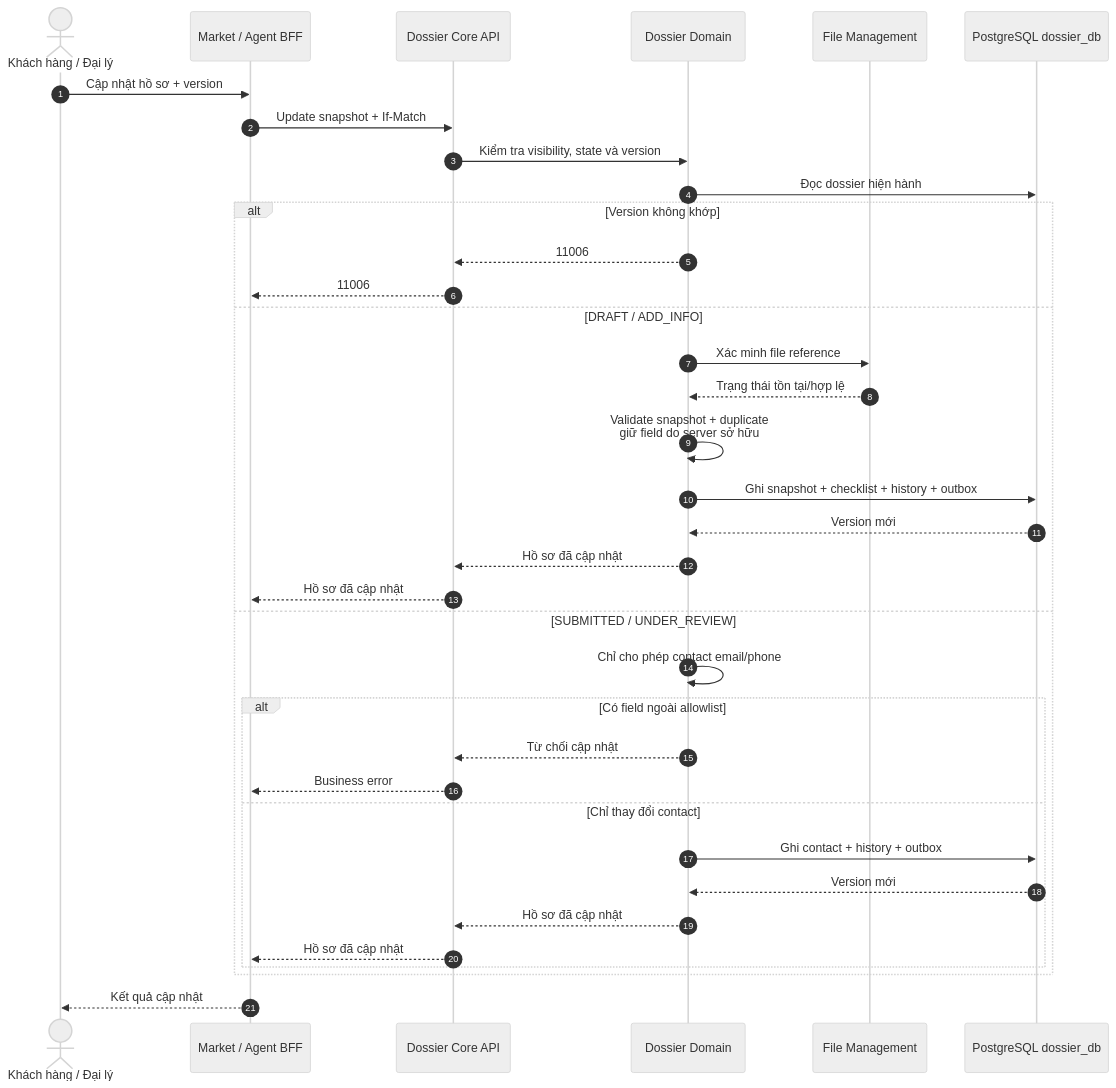
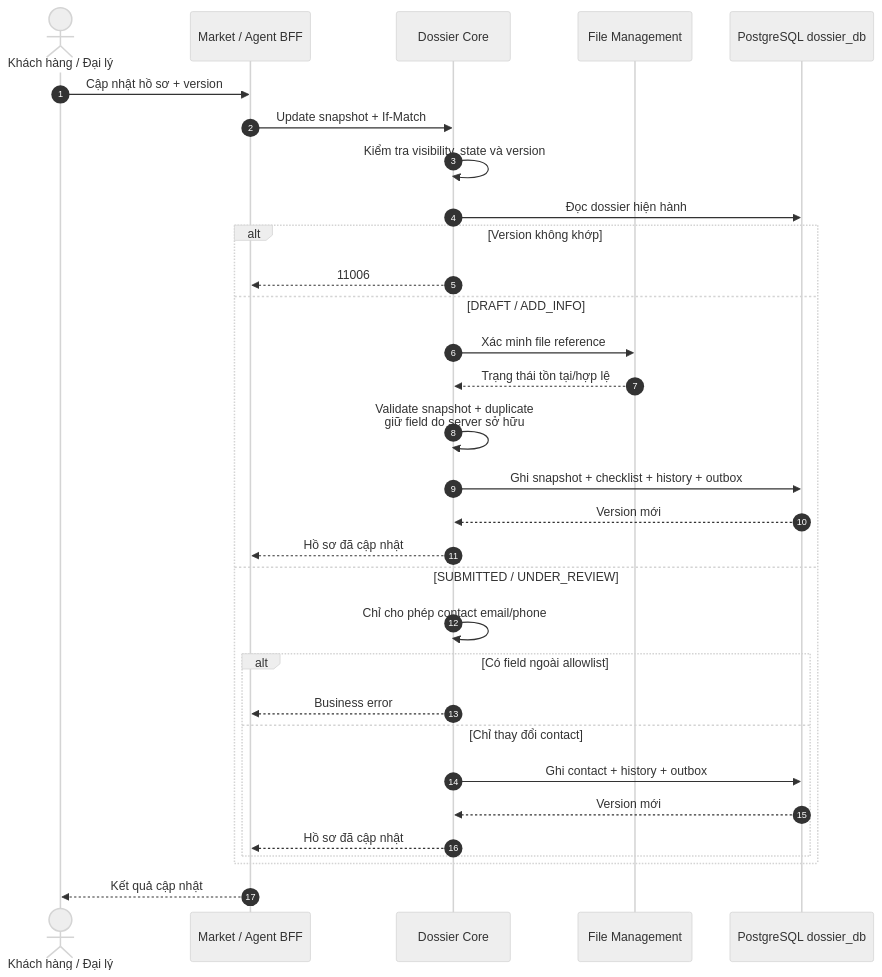
Before and after one commit to huynv-xyz/vhm: diagram 11 of 16 in tdd-dossier.md, drawn with Mermaid (neutral theme). The commit also changed other lines of this file, not shown here.

````diff
--- a/tdd-dossier.md
+++ b/tdd-dossier.md
@@ -1306,39 +1299,34 @@
 ```mermaid
 sequenceDiagram
     autonumber
     actor User as Khách hàng / Đại lý
     participant BFF as Market / Agent BFF
-    participant API as Dossier Core API
-    participant Domain as Dossier Domain
+    participant Core as Dossier Core
     participant File as File Management
     participant DB as PostgreSQL dossier_db
 
     User->>BFF: Cập nhật hồ sơ + version
-    BFF->>API: Update snapshot + If-Match
-    API->>Domain: Kiểm tra visibility, state và version
-    Domain->>DB: Đọc dossier hiện hành
+    BFF->>Core: Update snapshot + If-Match
+    Core->>Core: Kiểm tra visibility, state và version
+    Core->>DB: Đọc dossier hiện hành
     alt Version không khớp
-        Domain-->>API: 11006
-        API-->>BFF: 11006
+        Core-->>BFF: 11006
     else DRAFT / ADD_INFO
-        Domain->>File: Xác minh file reference
-        File-->>Domain: Trạng thái tồn tại/hợp lệ
-        Domain->>Domain: Validate snapshot + duplicate<br/>giữ field do server sở hữu
-        Domain->>DB: Ghi snapshot + checklist + history + outbox
-        DB-->>Domain: Version mới
-        Domain-->>API: Hồ sơ đã cập nhật
-        API-->>BFF: Hồ sơ đã cập nhật
+        Core->>File: Xác minh file reference
+        File-->>Core: Trạng thái tồn tại/hợp lệ
+        Core->>Core: Validate snapshot + duplicate<br/>giữ field do server sở hữu
+        Core->>DB: Ghi snapshot + checklist + history + outbox
+        DB-->>Core: Version mới
+        Core-->>BFF: Hồ sơ đã cập nhật
     else SUBMITTED / UNDER_REVIEW
-        Domain->>Domain: Chỉ cho phép contact email/phone
+        Core->>Core: Chỉ cho phép contact email/phone
         alt Có field ngoài allowlist
-            Domain-->>API: Từ chối cập nhật
-            API-->>BFF: Business error
+            Core-->>BFF: Business error
         else Chỉ thay đổi contact
-            Domain->>DB: Ghi contact + history + outbox
-            DB-->>Domain: Version mới
-            Domain-->>API: Hồ sơ đã cập nhật
-            API-->>BFF: Hồ sơ đã cập nhật
+            Core->>DB: Ghi contact + history + outbox
+            DB-->>Core: Version mới
+            Core-->>BFF: Hồ sơ đã cập nhật
         end
     end
     BFF-->>User: Kết quả cập nhật
 ```
````
